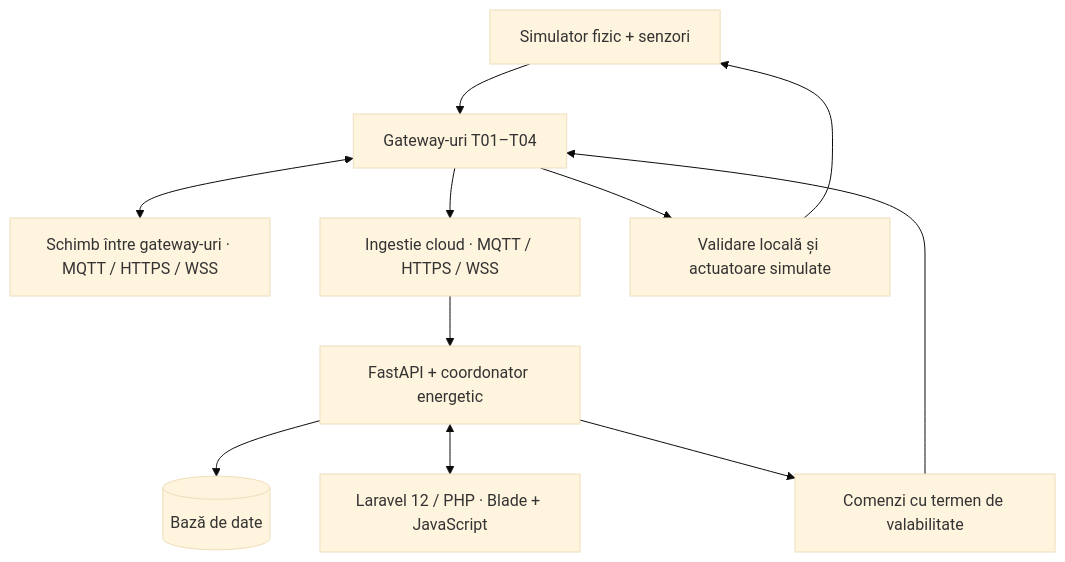
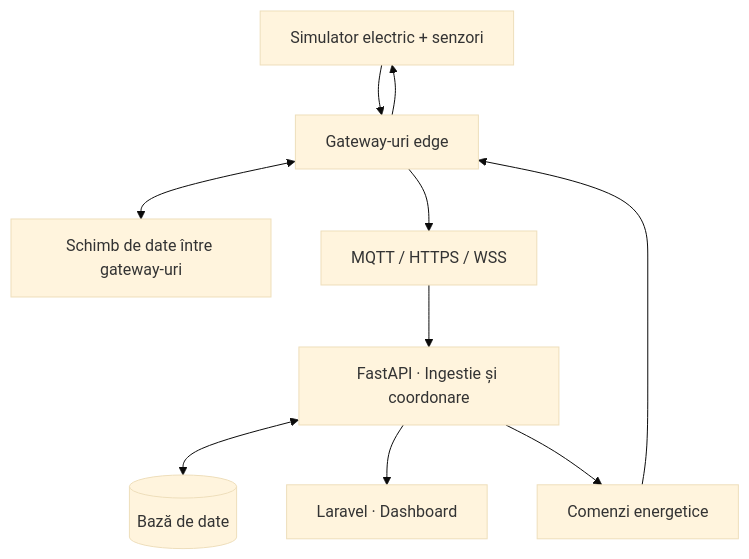
One commit to Copernicus12/electrical-distribution-IOT-platform changed the second of 2 diagrams in README.md. Above: the diagram before and after it, drawn with Mermaid (base theme). The commit also changed other lines of this file, not shown here.

````diff
--- a/README.md
+++ b/README.md
@@ -105,13 +28,12 @@
 ```mermaid
 flowchart TD
-    SIM["Simulator fizic + senzori"] --> EDGE["Gateway-uri T01–T04"]
-    EDGE <--> LAN["Schimb între gateway-uri · MQTT / HTTPS / WSS"]
-    EDGE --> ING["Ingestie cloud · MQTT / HTTPS / WSS"]
-    ING --> BACK["FastAPI + coordonator energetic"]
-    BACK --> DB[("Bază de date")]
-    BACK <--> UI["Laravel 12 / PHP · Blade + JavaScript"]
-    BACK --> CMD["Comenzi cu termen de valabilitate"]
+    SIM["Simulator electric + senzori"] --> EDGE["Gateway-uri edge"]
+    EDGE <--> PEER["Schimb de date între gateway-uri"]
+    EDGE --> COMM["MQTT / HTTPS / WSS"]
+    COMM --> API["FastAPI · Ingestie și coordonare"]
+    API <--> DB[("Bază de date")]
+    API --> WEB["Laravel · Dashboard"]
+    API --> CMD["Comenzi energetice"]
     CMD --> EDGE
-    EDGE --> ACT["Validare locală și actuatoare simulate"]
-    ACT --> SIM
+    EDGE --> SIM
 ```
````
